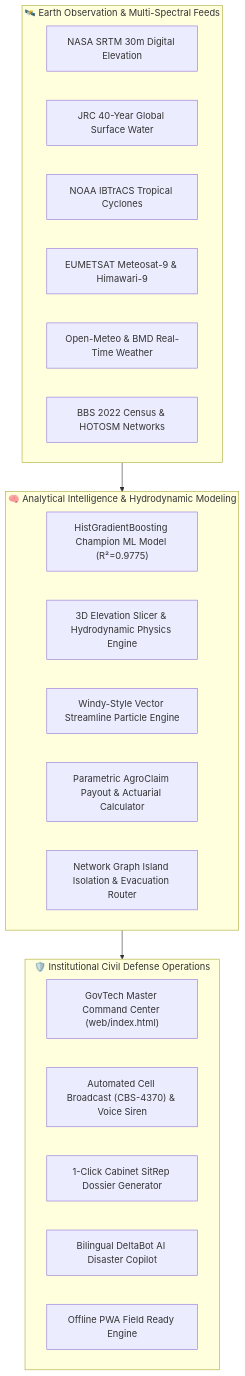
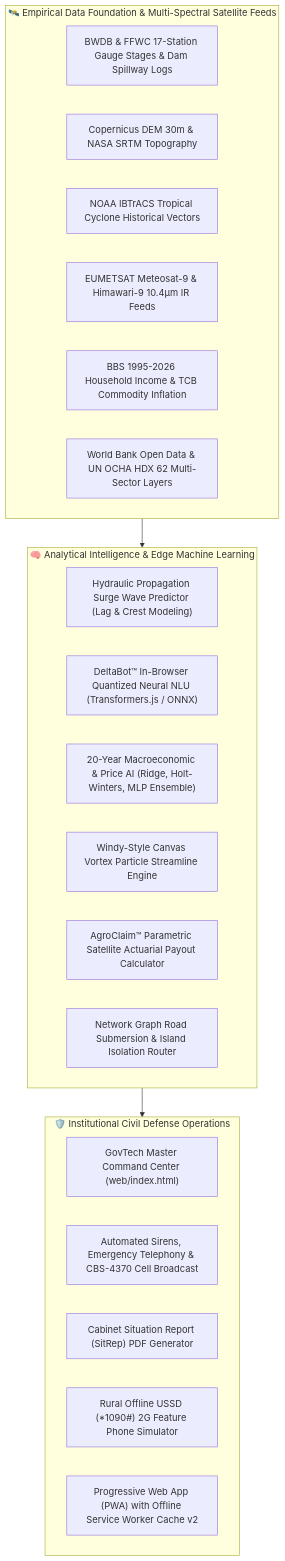
One commit to ReaduanulFaridFahim/climate-risk-urban-flood-intelligence changed the diagram in README.md. Above: the diagram before and after it, drawn with Mermaid. The commit also changed other lines of this file, not shown here.

Commit message:
docs(readme): comprehensively upgrade README with visual screenshots, 49 data layers, 20 defense suites, and empirical ground-truth baselines

````diff
--- a/README.md
+++ b/README.md
@@ -91,30 +122,31 @@
 ```mermaid
 flowchart TD
-    subgraph DataFeeds["🛰️ Earth Observation & Multi-Spectral Feeds"]
-        A1["NASA SRTM 30m Digital Elevation"]
-        A2["JRC 40-Year Global Surface Water"]
-        A3["NOAA IBTrACS Tropical Cyclones"]
-        A4["EUMETSAT Meteosat-9 & Himawari-9"]
-        A5["Open-Meteo & BMD Real-Time Weather"]
-        A6["BBS 2022 Census & HOTOSM Networks"]
+    subgraph DataFeeds["🛰️ Empirical Data Foundation & Multi-Spectral Satellite Feeds"]
+        A1["BWDB & FFWC 17-Station Gauge Stages & Dam Spillway Logs"]
+        A2["Copernicus DEM 30m & NASA SRTM Topography"]
+        A3["NOAA IBTrACS Tropical Cyclone Historical Vectors"]
+        A4["EUMETSAT Meteosat-9 & Himawari-9 10.4µm IR Feeds"]
+        A5["BBS 1995-2026 Household Income & TCB Commodity Inflation"]
+        A6["World Bank Open Data & UN OCHA HDX 62 Multi-Sector Layers"]
     end
 
-    subgraph CoreEngine["🧠 Analytical Intelligence & Hydrodynamic Modeling"]
-        B1["HistGradientBoosting Champion ML Model (R²=0.9775)"]
-        B2["3D Elevation Slicer & Hydrodynamic Physics Engine"]
-        B3["Windy-Style Vector Streamline Particle Engine"]
-        B4["Parametric AgroClaim Payout & Actuarial Calculator"]
-        B5["Network Graph Island Isolation & Evacuation Router"]
+    subgraph CoreEngine["🧠 Analytical Intelligence & Edge Machine Learning"]
+        B1["Hydraulic Propagation Surge Wave Predictor (Lag & Crest Modeling)"]
+        B2["DeltaBot™ In-Browser Quantized Neural NLU (Transformers.js / ONNX)"]
+        B3["20-Year Macroeconomic & Price AI (Ridge, Holt-Winters, MLP Ensemble)"]
+        B4["Windy-Style Canvas Vortex Particle Streamline Engine"]
+        B5["AgroClaim™ Parametric Satellite Actuarial Payout Calculator"]
+        B6["Network Graph Road Submersion & Island Isolation Router"]
     end
 
     subgraph Operations["🛡️ Institutional Civil Defense Operations"]
         C1["GovTech Master Command Center (web/index.html)"]
-        C2["Automated Cell Broadcast (CBS-4370) & Voice Siren"]
-        C3["1-Click Cabinet SitRep Dossier Generator"]
-        C4["Bilingual DeltaBot AI Disaster Copilot"]
-        C5["Offline PWA Field Ready Engine"]
+        C2["Automated Sirens, Emergency Telephony & CBS-4370 Cell Broadcast"]
+        C3["Cabinet Situation Report (SitRep) PDF Generator"]
+        C4["Rural Offline USSD (*1090#) 2G Feature Phone Simulator"]
+        C5["Progressive Web App (PWA) with Offline Service Worker Cache v2"]
     end
 
     DataFeeds --> CoreEngine
     CoreEngine --> Operations
 ```
````
